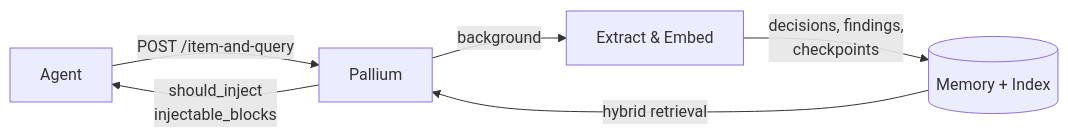
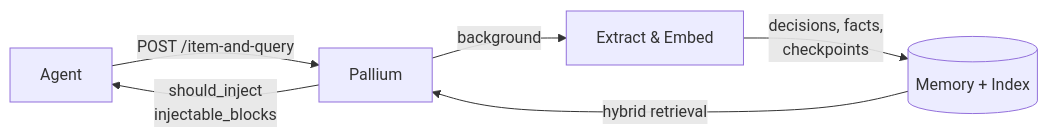
The diagram in README.md (rore/Pallium), drawn with Mermaid before and after one commit. The commit also changed other lines of this file, not shown here.

````diff
--- a/README.md
+++ b/README.md
@@ -103,8 +87,8 @@
 ```mermaid
 flowchart LR
     A[Agent] -->|POST /item-and-query| P[Pallium]
     P -->|background| W[Extract & Embed]
-    W -->|decisions, findings,\ncheckpoints| M[(Memory + Index)]
+    W -->|decisions, facts,\ncheckpoints| M[(Memory + Index)]
     M -->|hybrid retrieval| P
     P -->|should_inject\ninjectable_blocks| A
 ```
````
